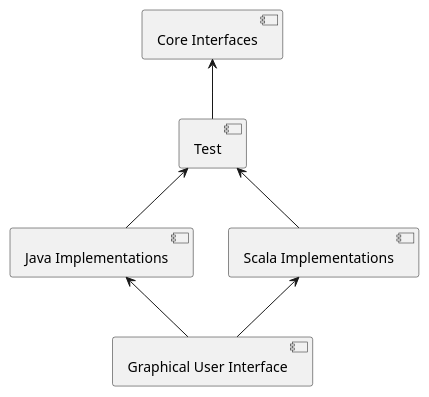
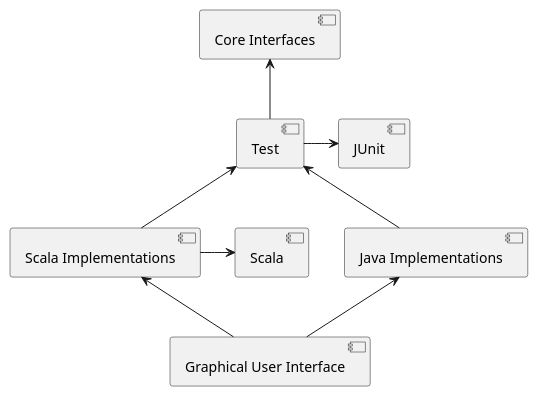
Before and after one commit to svenlange/conways-game-of-life: the diagram in java-virtual-machine/documentation/maven-modules.puml, drawn with PlantUML. The commit also changed 2 other files, not shown here.

```diff
--- a/java-virtual-machine/documentation/maven-modules.puml
+++ b/java-virtual-machine/documentation/maven-modules.puml
@@ -1,20 +1,21 @@
 @startuml
 skinparam componentStyle uml2
 
 [Core Interfaces] as core
 [Test] as test
 [Java Implementations] as java
 [Scala Implementations] as scala
 [Graphical User Interface] as gui
 
 core <-- test
+test -> [JUnit]
 
 test <-- java
 
 test <-- scala
+scala -> [Scala]
 
 java <-- gui
 scala <-- gui
 
-
 @enduml
```
